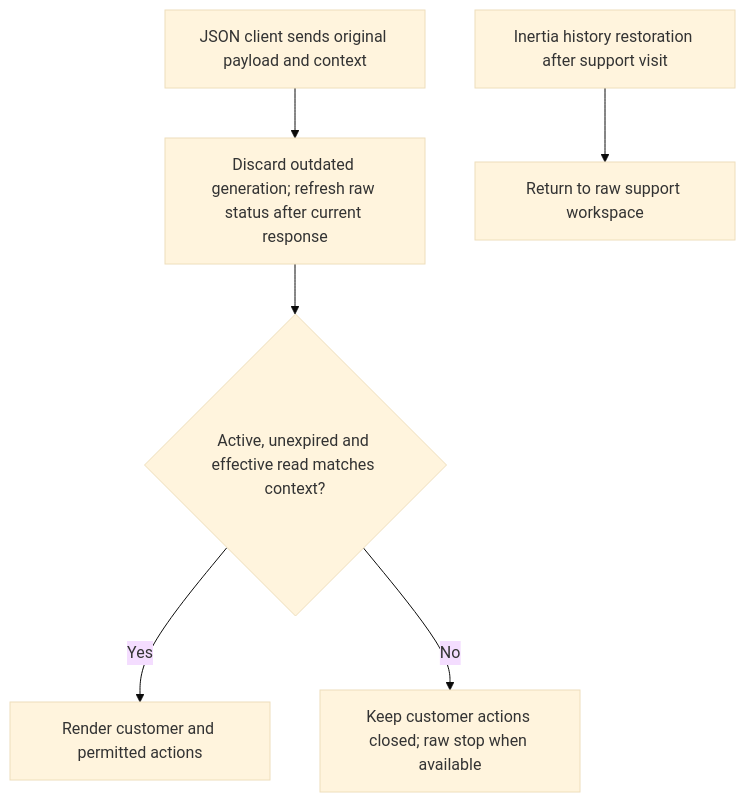
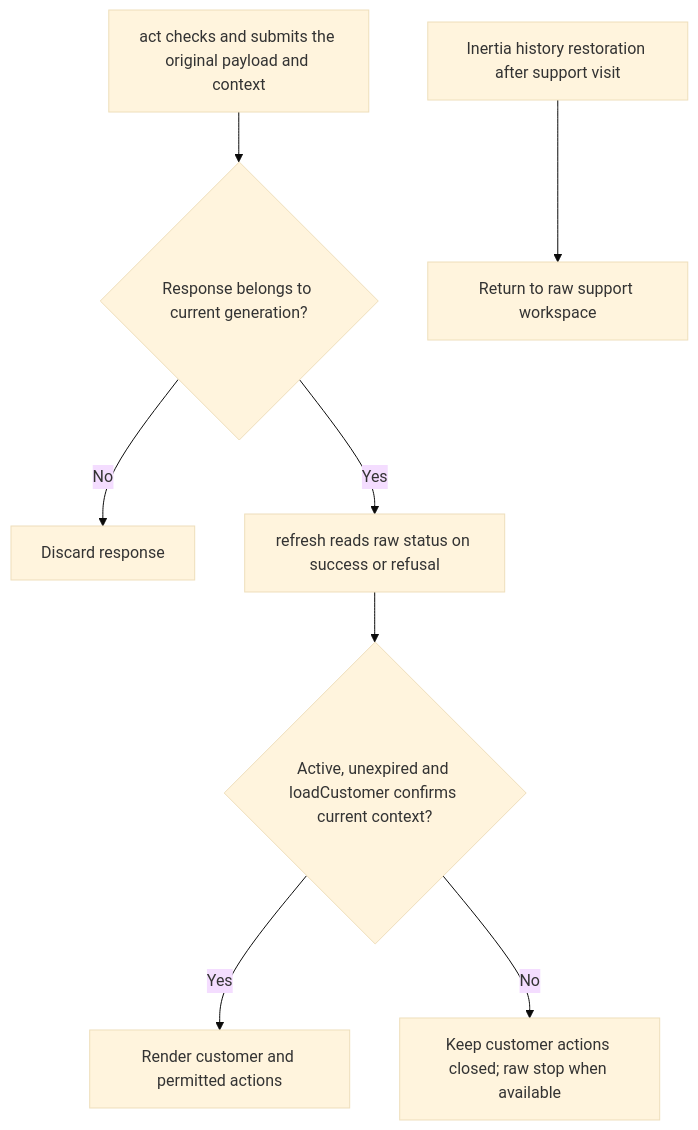
The second of 2 diagrams in user-stories/submit-context-token/us-context-03-recover-browser-intent.md (Kevinjohn/oss-adonisjs-masquerade), drawn with Mermaid (base theme) before and after one commit. The commit also changed other lines of this file and 20 other files, not shown here.

````diff
--- a/user-stories/submit-context-token/us-context-03-recover-browser-intent.md
+++ b/user-stories/submit-context-token/us-context-03-recover-browser-intent.md
@@ -30,8 +30,10 @@
 ```mermaid
 flowchart TD
-    A["JSON client sends original payload and context"] --> B["Discard outdated generation; refresh raw status after current response"]
-    B --> Q{"Active, unexpired and effective read matches context?"}
+    A["act checks and submits the original payload and context"] --> P{"Response belongs to current generation?"}
+    P -->|No| S["Discard response"]
+    P -->|Yes| B["refresh reads raw status on success or refusal"]
+    B --> Q{"Active, unexpired and loadCustomer confirms current context?"}
     Q -->|Yes| D["Render customer and permitted actions"]
     Q -->|No| E["Keep customer actions closed; raw stop when available"]
     H["Inertia history restoration after support visit"] --> C["Return to raw support workspace"]
 ```
````
